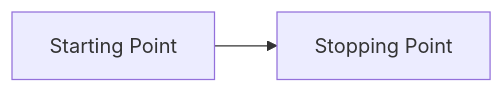
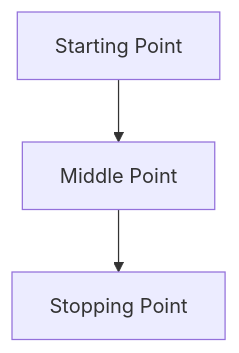
One commit to mliskPSU/testingRepo changed the diagram in README.md. Above: the diagram before and after it, drawn with Mermaid.

Commit message:
modding chart 2

````diff
--- a/README.md
+++ b/README.md
@@ -13,6 +13,7 @@
 ```mermaid
-graph LR;
+graph TB;
     Start[Starting Point];
     Stop[Stopping Point];
-    Start --> Stop;
+    MidPt[Middle Point];
+    Start --> MidPt --> Stop;
 ```
````
